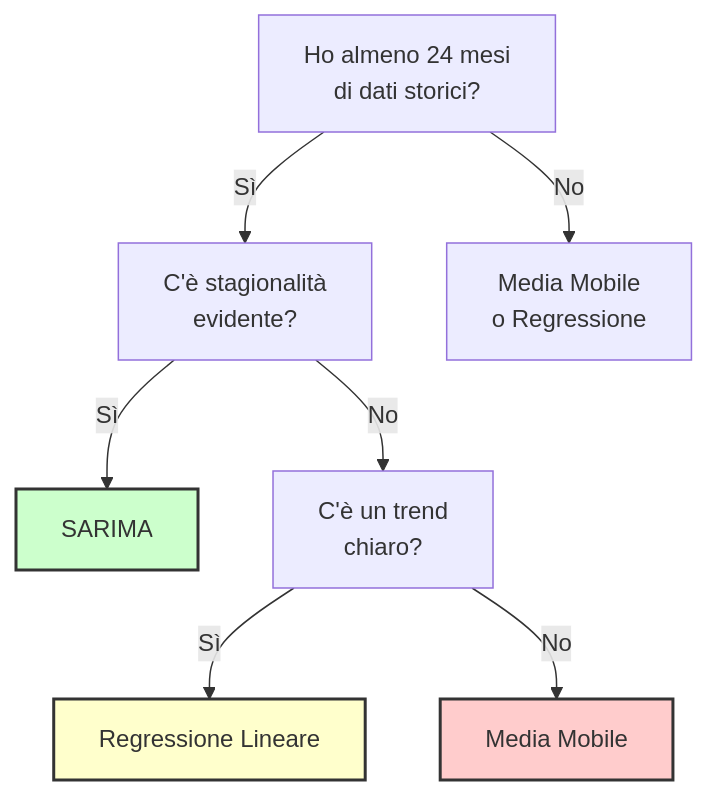
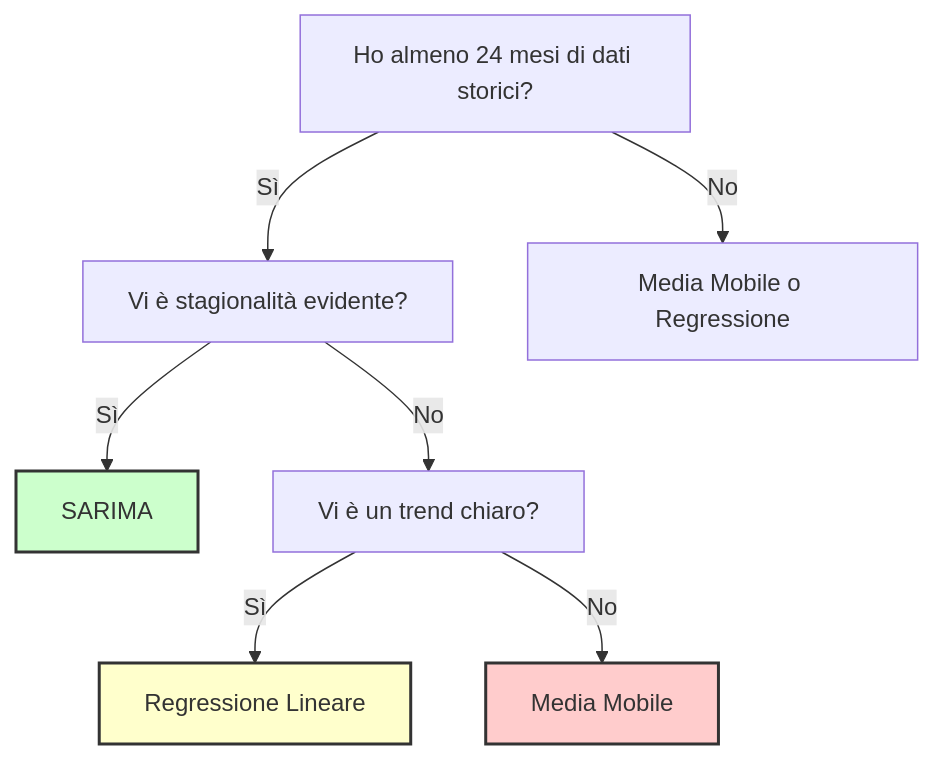
The diagram in src/content/blog/forecast-vendite.mdx (AndreyBertasini/gynnitech), drawn with Mermaid before and after one commit. The commit also changed 11 other files, not shown here.

First line of the commit message:
fix(blog): fix mermaid syntax errors for v11.12.2 compatibility

````diff
--- a/src/content/blog/forecast-vendite.mdx
+++ b/src/content/blog/forecast-vendite.mdx
@@ -190,14 +190,14 @@
 ```mermaid
 graph TD
-    A["Ho almeno 24 mesi<br>di dati storici?"]
-    A -- Sì --> B["C'è stagionalità<br>evidente?"]
-    A -- No --> C["Media Mobile<br>o Regressione"]
+    A["Ho almeno 24 mesi di dati storici?"]
+    A -- Sì --> B["Vi è stagionalità evidente?"]
+    A -- No --> C["Media Mobile o Regressione"]
     B -- Sì --> D["SARIMA"]
-    B -- No --> E["C'è un trend<br>chiaro?"]
+    B -- No --> E["Vi è un trend chiaro?"]
     E -- Sì --> F["Regressione Lineare"]
     E -- No --> G["Media Mobile"]
     
     style D fill:#ccffcc,stroke:#333,stroke-width:2px;
     style F fill:#ffffcc,stroke:#333,stroke-width:2px;
     style G fill:#ffcccc,stroke:#333,stroke-width:2px;
 ```
````
